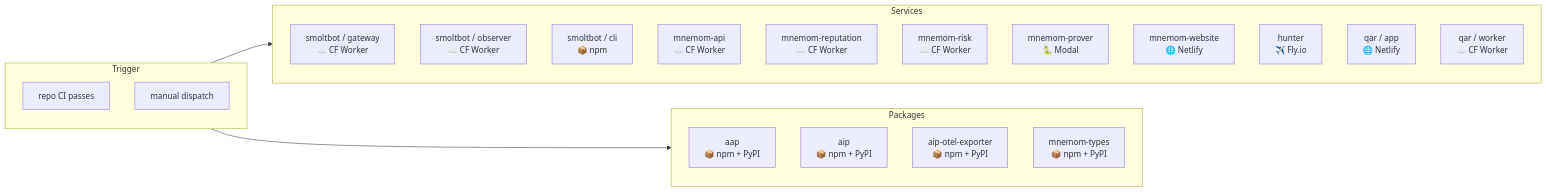
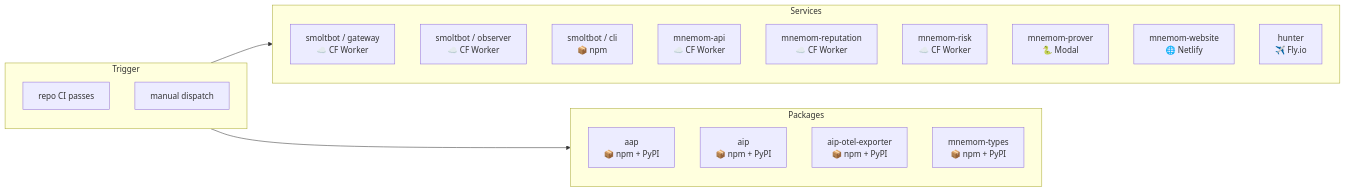
The diagram in README.md (mnemom/deploy), drawn with Mermaid before and after one commit. The commit also changed other lines of this file and 1 other file, not shown here.

Commit message:
Remove qar from orchestrator (separate for now)

````diff
--- a/README.md
+++ b/README.md
@@ -7,31 +7,29 @@
 ```mermaid
 flowchart LR
     subgraph trigger["Trigger"]
         dispatch["repo CI passes"]
         manual["manual dispatch"]
     end
 
     subgraph services["Services"]
         gw["smoltbot / gateway\n☁️ CF Worker"]
         obs["smoltbot / observer\n☁️ CF Worker"]
         cli["smoltbot / cli\n📦 npm"]
         api["mnemom-api\n☁️ CF Worker"]
         rep["mnemom-reputation\n☁️ CF Worker"]
         risk["mnemom-risk\n☁️ CF Worker"]
         prover["mnemom-prover\n🐍 Modal"]
         web["mnemom-website\n🌐 Netlify"]
         hunt["hunter\n✈️ Fly.io"]
-        qar-a["qar / app\n🌐 Netlify"]
-        qar-w["qar / worker\n☁️ CF Worker"]
     end
 
     subgraph packages["Packages"]
         aap["aap\n📦 npm + PyPI"]
         aip["aip\n📦 npm + PyPI"]
         otel["aip-otel-exporter\n📦 npm + PyPI"]
         types["mnemom-types\n📦 npm + PyPI"]
     end
 
     trigger --> services
     trigger --> packages
 ```
````
